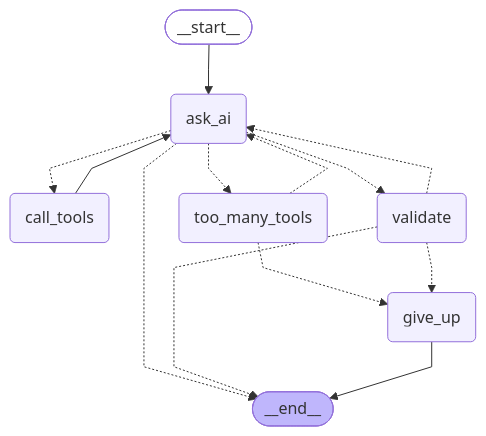
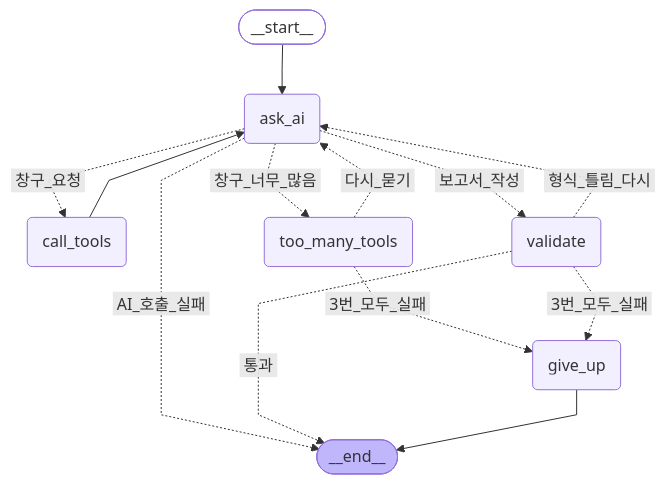
One commit to HyunGyu-Cho/DonWorry changed the diagram in docs/ai-server/investigation-graph.md. Above: the diagram before and after it, drawn with Mermaid. The commit also changed 2 other files, not shown here.

Commit message:
refactor(ai-server): 조사 흐름 그래프의 조건 화살표에 이름 붙이기 (#75)
그림의 점선 화살표에 조건 이름이 없어 어떤 상황에 어디로 가는지 그림만 보고 알기 어려웠다.
조건 함수가 이름(창구_요청 · 창구_너무_많음 · 보고서_작성 · AI_호출_실패 · 다시_묻기 ·
형식_틀림_다시 · 통과 · 3번_모두_실패)을 돌려주고 path_map으로 노드에 잇는다. 동작은 그대로.
흐름 그림 문서를 다시 만들고 ADR-0021에 한 줄 추가.

Claude-Session: https://claude.ai/code/session_011T4T6PyCzms8hBQhwNKbGW

````diff
--- a/docs/ai-server/investigation-graph.md
+++ b/docs/ai-server/investigation-graph.md
@@ -17,30 +17,30 @@
 ```mermaid
 ---
 config:
   flowchart:
     curve: linear
 ---
 graph TD;
 	__start__([<p>__start__</p>]):::first
 	ask_ai(ask_ai)
 	call_tools(call_tools)
 	too_many_tools(too_many_tools)
 	validate(validate)
 	give_up(give_up)
 	__end__([<p>__end__</p>]):::last
 	__start__ --> ask_ai;
-	ask_ai -.-> __end__;
-	ask_ai -.-> call_tools;
-	ask_ai -.-> too_many_tools;
-	ask_ai -.-> validate;
+	ask_ai -. &nbsp;AI_호출_실패&nbsp; .-> __end__;
+	ask_ai -. &nbsp;창구_요청&nbsp; .-> call_tools;
+	ask_ai -. &nbsp;창구_너무_많음&nbsp; .-> too_many_tools;
+	ask_ai -. &nbsp;보고서_작성&nbsp; .-> validate;
 	call_tools --> ask_ai;
-	too_many_tools -.-> ask_ai;
-	too_many_tools -.-> give_up;
-	validate -.-> __end__;
-	validate -.-> ask_ai;
-	validate -.-> give_up;
+	too_many_tools -. &nbsp;다시_묻기&nbsp; .-> ask_ai;
+	too_many_tools -. &nbsp;3번_모두_실패&nbsp; .-> give_up;
+	validate -. &nbsp;통과&nbsp; .-> __end__;
+	validate -. &nbsp;형식_틀림_다시&nbsp; .-> ask_ai;
+	validate -. &nbsp;3번_모두_실패&nbsp; .-> give_up;
 	give_up --> __end__;
 	classDef default fill:#f2f0ff,line-height:1.2
 	classDef first fill-opacity:0
 	classDef last fill:#bfb6fc
 ```
````
